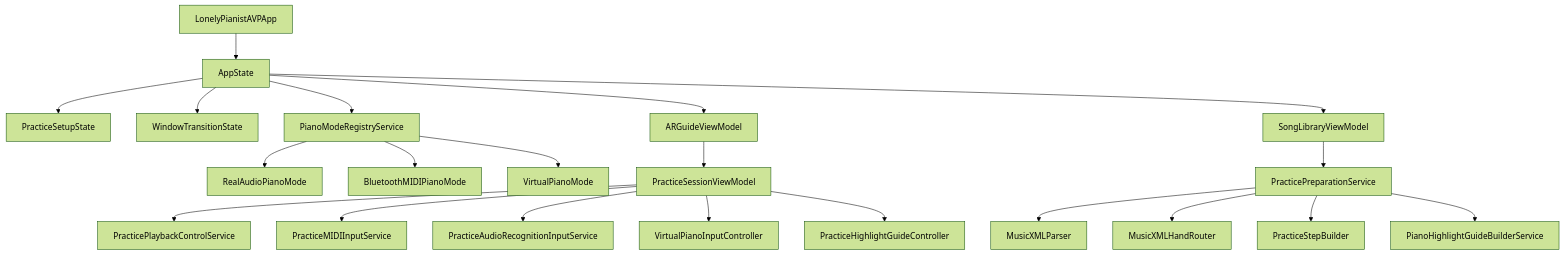
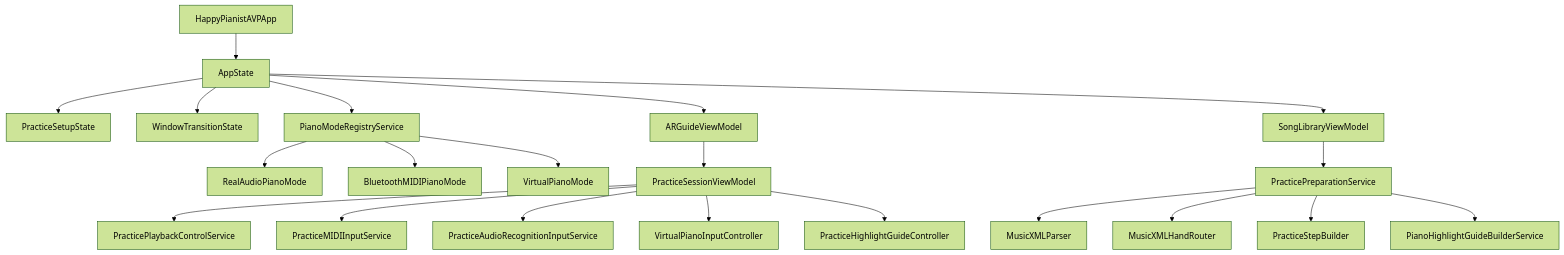
The third of 3 diagrams in docs/architecture.md (chiimagnus/Amoroso), drawn with Mermaid (forest theme) before and after one commit. The commit also changed other lines of this file and 577 other files, not shown here.

Commit message:
重命名项目为 HappyPianist

````diff
--- a/docs/architecture.md
+++ b/docs/architecture.md
@@ -55,26 +55,26 @@
 ```mermaid
 flowchart TD
-  APP[LonelyPianistAVPApp] --> STATE[AppState]
+  APP[HappyPianistAVPApp] --> STATE[AppState]
   STATE --> SETUP[PracticeSetupState]
   STATE --> WIN[WindowTransitionState]
   STATE --> ARVM[ARGuideViewModel]
   STATE --> LIBVM[SongLibraryViewModel]
   STATE --> REG[PianoModeRegistryService]
 
   REG --> REAL[RealAudioPianoMode]
   REG --> BMIDI[BluetoothMIDIPianoMode]
   REG --> VIRT[VirtualPianoMode]
 
   LIBVM --> PREP[PracticePreparationService]
   PREP --> PARSER[MusicXMLParser]
   PREP --> ROUTER[MusicXMLHandRouter]
   PREP --> STEPS[PracticeStepBuilder]
   PREP --> GUIDES[PianoHighlightGuideBuilderService]
 
   ARVM --> PSESSION[PracticeSessionViewModel]
   PSESSION --> PLAY[PracticePlaybackControlService]
   PSESSION --> MIDI[PracticeMIDIInputService]
   PSESSION --> AIN[PracticeAudioRecognitionInputService]
   PSESSION --> VINPUT[VirtualPianoInputController]
   PSESSION --> HG[PracticeHighlightGuideController]
 ```
````
